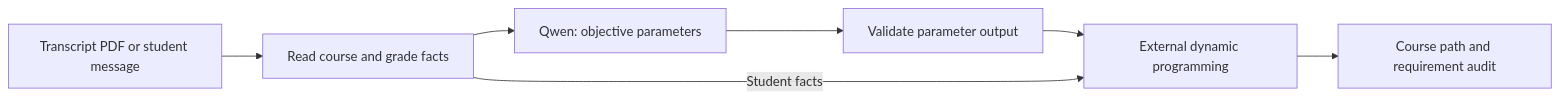
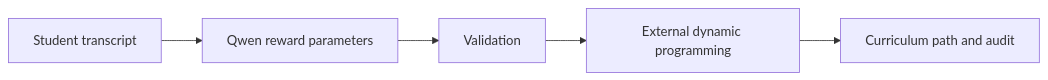
The diagram in README.md (x91k03-del/cityu-course-helper), drawn with Mermaid before and after one commit. The commit also changed other lines of this file and 1269 other files, not shown here.

````diff
--- a/README.md
+++ b/README.md
@@ -14,9 +16,7 @@
 ```mermaid
 flowchart LR
-    A[Transcript PDF or student message] --> B[Read course and grade facts]
-    B --> C[Qwen: objective parameters]
-    C --> D[Validate parameter output]
-    D --> E[External dynamic programming]
-    B -->|Student facts| E
-    E --> F[Course path and requirement audit]
+    A[Student transcript] --> B[Qwen reward parameters]
+    B --> C[Validation]
+    C --> D[External dynamic programming]
+    D --> E[Curriculum path and audit]
 ```
````
